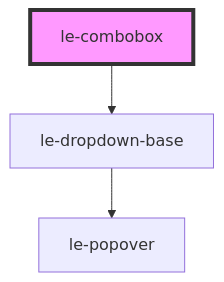
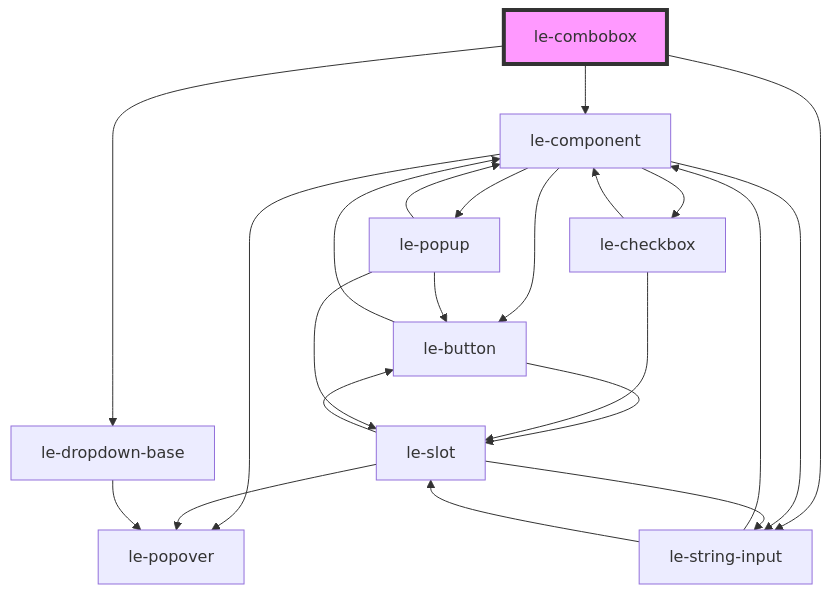
Before and after one commit to leechy/le-kit: the diagram in src/components/le-combobox/readme.md, drawn with Mermaid. The commit also changed other lines of this file and 29 other files, not shown here.

````diff
--- a/src/components/le-combobox/readme.md
+++ b/src/components/le-combobox/readme.md
@@ -82,6 +85,25 @@
 ```mermaid
 graph TD;
+  le-combobox --> le-component
   le-combobox --> le-dropdown-base
+  le-combobox --> le-string-input
+  le-component --> le-button
+  le-component --> le-checkbox
+  le-component --> le-string-input
+  le-component --> le-popover
+  le-component --> le-popup
+  le-button --> le-component
+  le-button --> le-slot
+  le-slot --> le-popover
+  le-slot --> le-button
+  le-slot --> le-string-input
+  le-string-input --> le-component
+  le-string-input --> le-slot
+  le-checkbox --> le-component
+  le-checkbox --> le-slot
+  le-popup --> le-slot
+  le-popup --> le-button
+  le-popup --> le-component
   le-dropdown-base --> le-popover
   style le-combobox fill:#f9f,stroke:#333,stroke-width:4px
 ```
````
